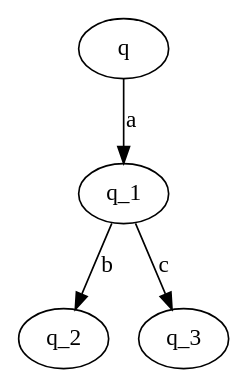
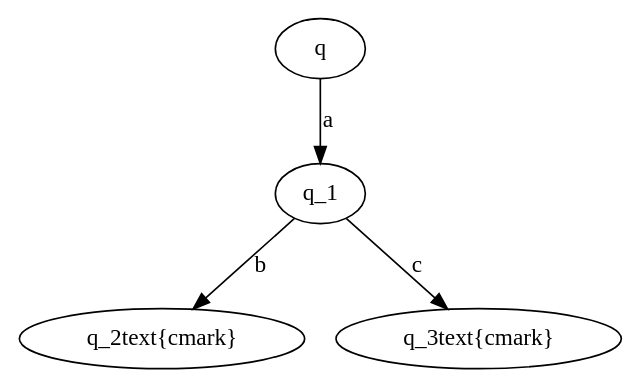
Before and after one commit to hhassan1/ConcurrentSystemsTFG: the diagram in doc/dot/TraceEquivalence/Q.dot, drawn with Graphviz. The commit also changed 76 other files, not shown here.

```diff
--- a/doc/dot/TraceEquivalence/Q.dot
+++ b/doc/dot/TraceEquivalence/Q.dot
@@ -1,5 +1,7 @@
 digraph LTSQ {
     q -> q_1 [label="a"];
     q_1 -> q_2 [label="b"];
     q_1 -> q_3 [label="c"];
+    q_2 [label="q_2\text{\cmark}"]
+    q_3 [label="q_3\text{\cmark}"]
 }
```
